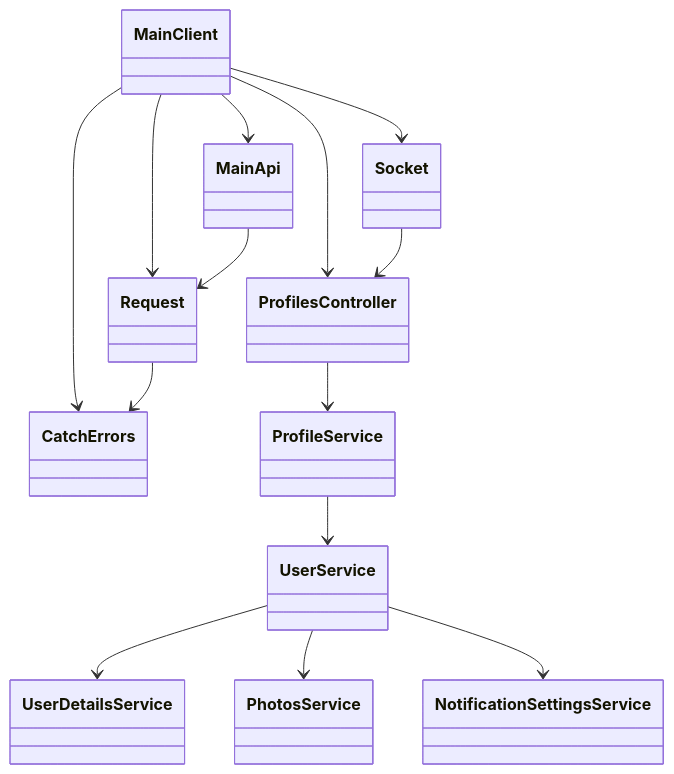
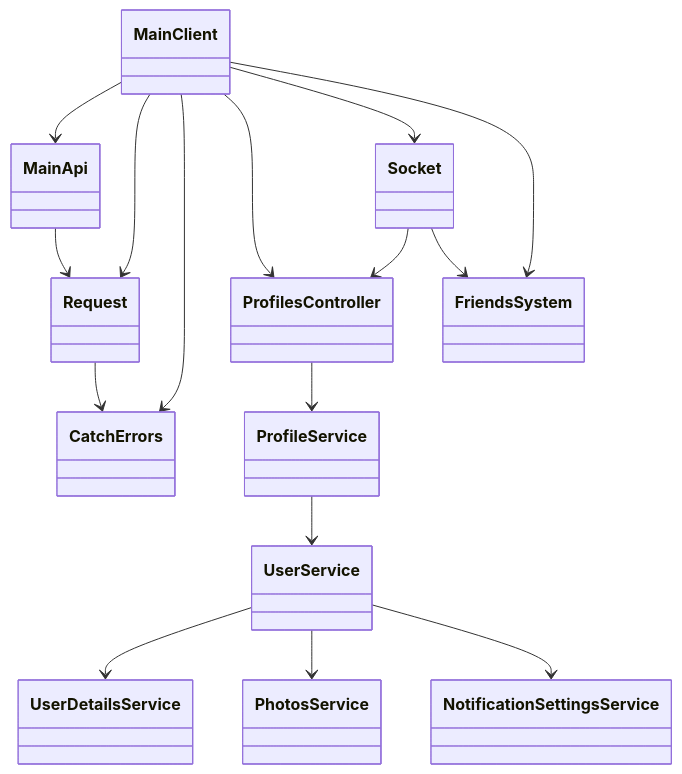
Before and after one commit to makebelieve-sk/Messenger: the first of 3 diagrams in README.md, drawn with Mermaid. The commit also changed other lines of this file, not shown here.

````diff
--- a/README.md
+++ b/README.md
@@ -51,34 +70,37 @@
 ```mermaid
 classDiagram
     %% Main Components
     class MainClient
     class MainApi
     class Request
     class ProfilesController
     class Socket
     class CatchErrors
+    class FriendsSystem
 
     %% Services
     class ProfileService
     class UserService
     class UserDetailsService
     class PhotosService
     class NotificationSettingsService
 
     %% Main Relationships
     MainClient --> MainApi
     MainClient --> Request
     MainClient --> CatchErrors
     MainClient --> ProfilesController
     MainClient --> Socket
+    MainClient --> FriendsSystem
     MainApi --> Request
     Request --> CatchErrors
     Socket --> ProfilesController
+    Socket --> FriendsSystem
 
     %% Service Hierarchy
     ProfilesController --> ProfileService
     ProfileService --> UserService
     UserService --> UserDetailsService
     UserService --> PhotosService
     UserService --> NotificationSettingsService
 ```
````
